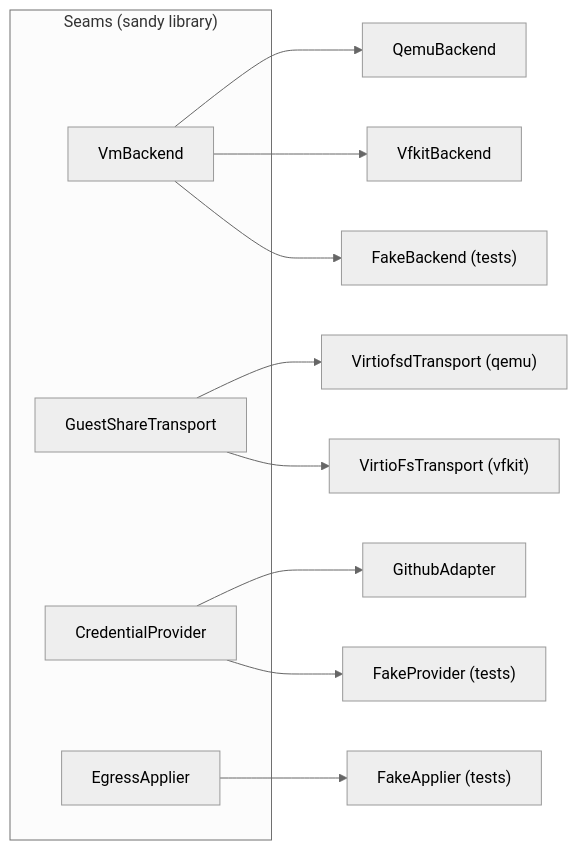
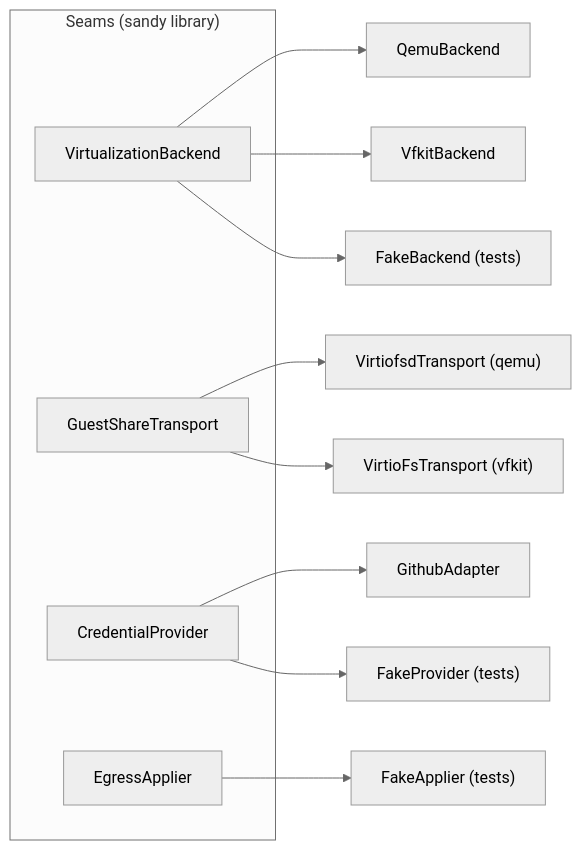
One commit to kauki-labs/sandy changed the second of 3 diagrams in docs/architecture/overview.md. Above: the diagram before and after it, drawn with Mermaid (neutral theme). The commit also changed other lines of this file and 47 other files, not shown here.

First line of the commit message:
refactor(api): rename VmBackend to VirtualizationBackend (#869)

````diff
--- a/docs/architecture/overview.md
+++ b/docs/architecture/overview.md
@@ -56,17 +56,17 @@
 ```mermaid
 flowchart LR
   subgraph seams["Seams (sandy library)"]
-    VmBackend
+    VirtualizationBackend
     GuestShareTransport
     CredentialProvider
     EgressApplier
   end
-  VmBackend --> QemuBackend
-  VmBackend --> VfkitBackend
-  VmBackend --> FakeBackend["FakeBackend (tests)"]
+  VirtualizationBackend --> QemuBackend
+  VirtualizationBackend --> VfkitBackend
+  VirtualizationBackend --> FakeBackend["FakeBackend (tests)"]
   GuestShareTransport --> VirtiofsdTransport["VirtiofsdTransport (qemu)"]
   GuestShareTransport --> VirtioFsTransport["VirtioFsTransport (vfkit)"]
   CredentialProvider --> GithubAdapter
   CredentialProvider --> FakeProvider["FakeProvider (tests)"]
   EgressApplier --> FakeApplier["FakeApplier (tests)"]
 ```
````
